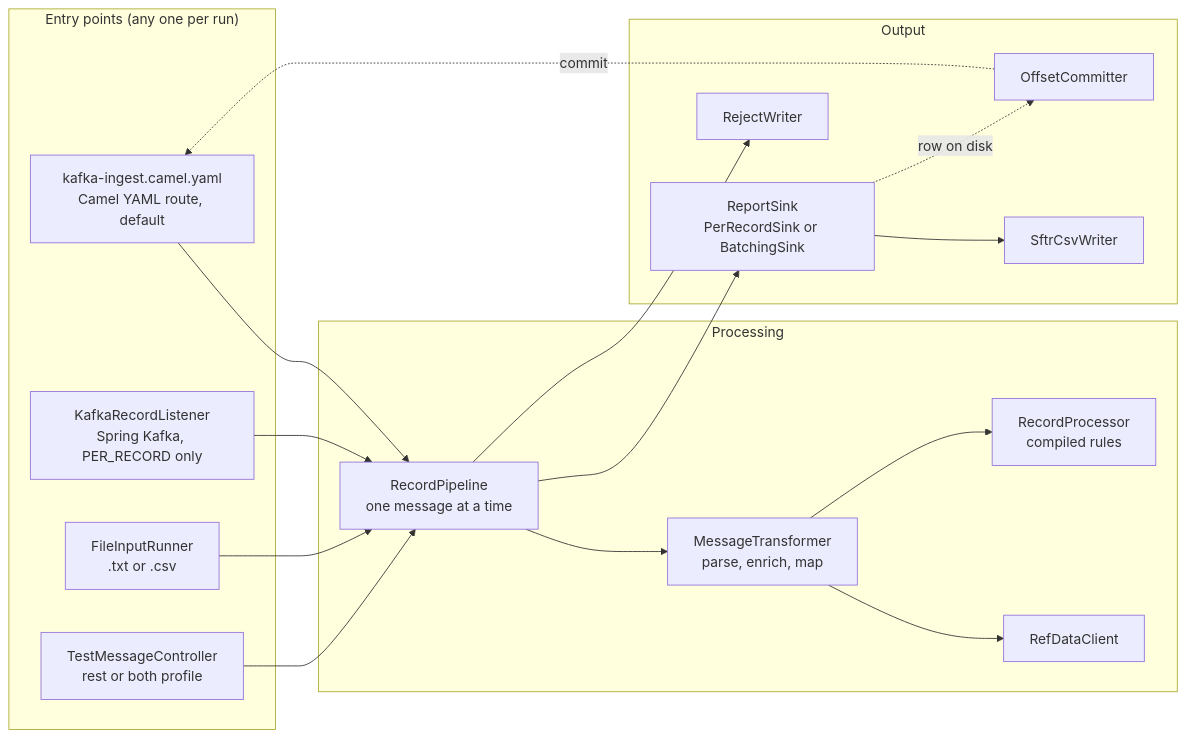
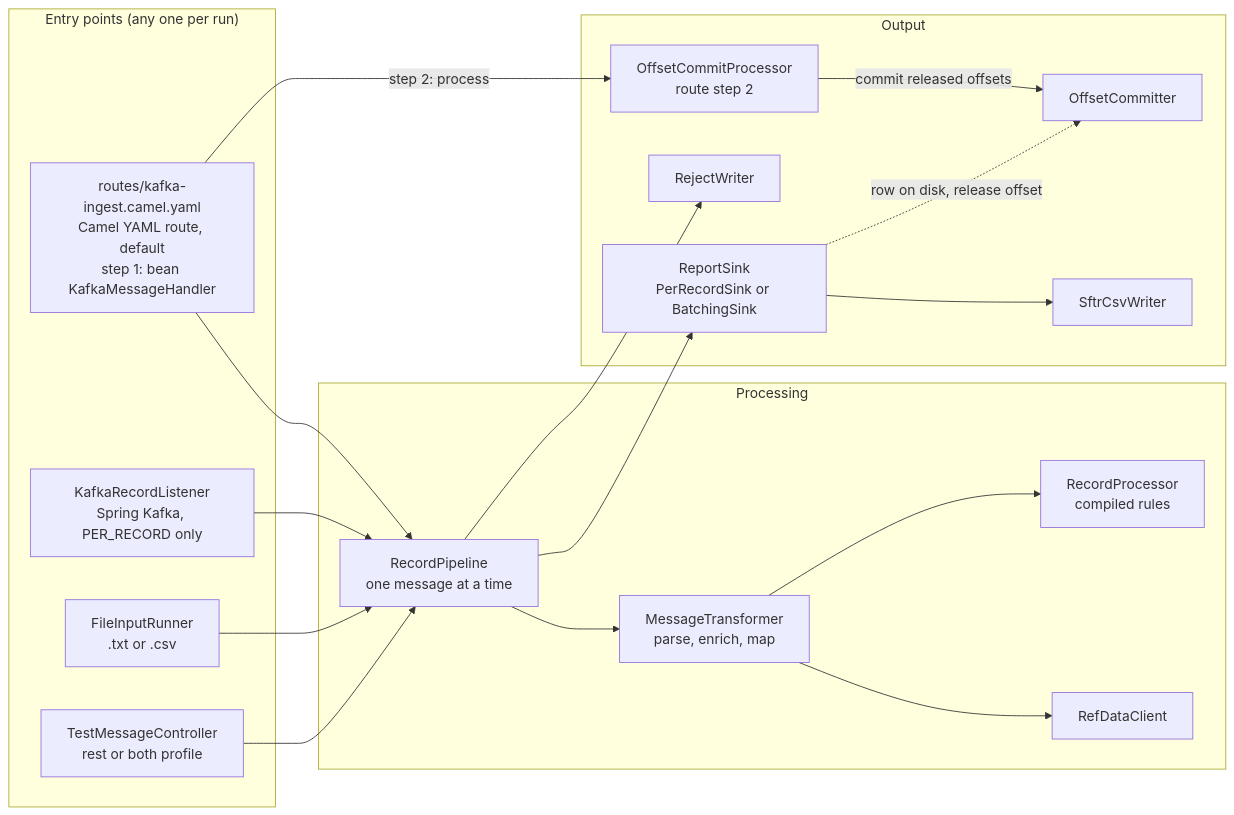
Before and after one commit to shanregs/msg-transformer: the first of 2 diagrams in docs/design-and-architecture.md, drawn with Mermaid. The commit also changed other lines of this file and 3 other files, not shown here.

First line of the commit message:
Docs: refresh architecture, design and C4 for the YAML route, publisher and LOGIC type

````diff
--- a/docs/design-and-architecture.md
+++ b/docs/design-and-architecture.md
@@ -31,33 +35,35 @@
 ```mermaid
 flowchart LR
     subgraph doors["Entry points (any one per run)"]
-        K["kafka-ingest.camel.yaml<br/>Camel YAML route, default"]
+        K["routes/kafka-ingest.camel.yaml<br/>Camel YAML route, default<br/>step 1: bean KafkaMessageHandler"]
         L["KafkaRecordListener<br/>Spring Kafka, PER_RECORD only"]
         F["FileInputRunner<br/>.txt or .csv"]
         R["TestMessageController<br/>rest or both profile"]
     end
     subgraph core["Processing"]
         P["RecordPipeline<br/>one message at a time"]
         T["MessageTransformer<br/>parse, enrich, map"]
         RD["RefDataClient"]
         RP["RecordProcessor<br/>compiled rules"]
     end
     subgraph out["Output"]
         S["ReportSink<br/>PerRecordSink or BatchingSink"]
         W["SftrCsvWriter"]
         J["RejectWriter"]
+        OP["OffsetCommitProcessor<br/>route step 2"]
         O["OffsetCommitter"]
     end
     K --> P
     L --> P
     F --> P
     R --> P
     P --> T
     T --> RD
     T --> RP
     P --> S
     P --> J
     S --> W
-    S -.->|row on disk| O
-    O -.->|commit| K
+    S -.->|row on disk, release offset| O
+    K -->|step 2: process| OP
+    OP -->|commit released offsets| O
 ```
````
